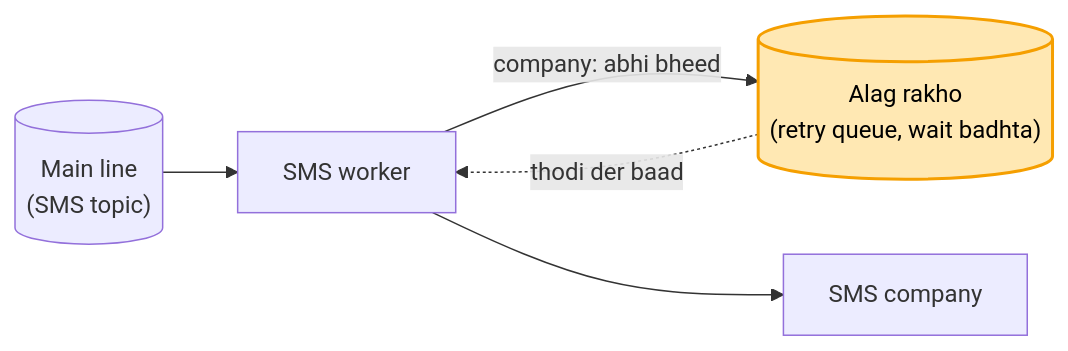
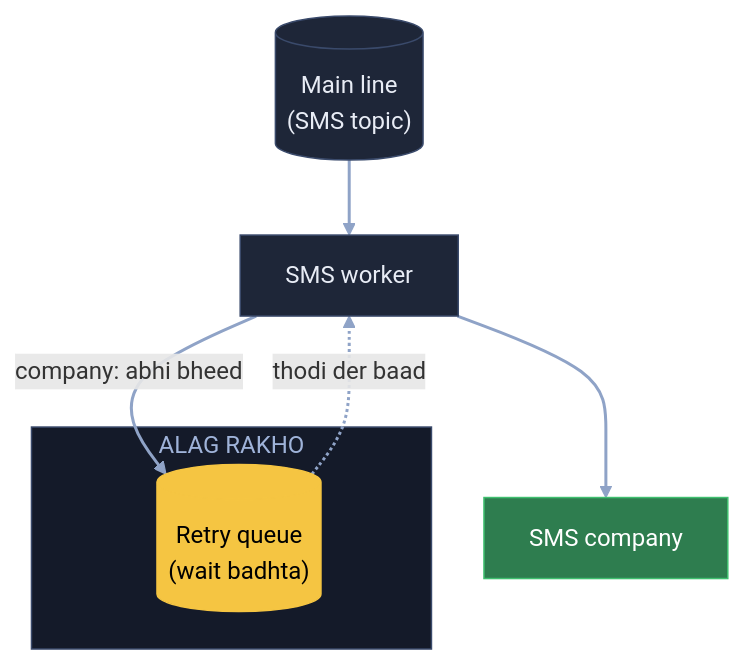
One commit to ArpanMaheshwari144/Prep changed the fourth of 9 diagrams in 04_HLD/SYSTEM_DESIGNS/04_notification_system/04_notification_system.md. Above: the diagram before and after it, drawn with Mermaid. The commit also changed other lines of this file, not shown here.

Commit message:
Notification: 9 diagram YouTube (reel) wale card andaaz me

````diff
--- a/04_HLD/SYSTEM_DESIGNS/04_notification_system/04_notification_system.md
+++ b/04_HLD/SYSTEM_DESIGNS/04_notification_system/04_notification_system.md
@@ -107,8 +144,19 @@
 ```mermaid
-flowchart LR
-    Q[("Main line<br/>(SMS topic)")] --> W["SMS worker"]
-    W -- "company: abhi bheed" --> R[("Alag rakho<br/>(retry queue, wait badhta)")]
+flowchart TB
+    Q[("Main line<br/>(SMS topic)")]:::card
+    W["SMS worker"]:::card
+    subgraph AR["ALAG RAKHO"]
+        R[("Retry queue<br/>(wait badhta)")]:::pill
+    end
+    S["SMS company"]:::good
+    Q --> W
+    W -- "company: abhi bheed" --> R
     R -. "thodi der baad" .-> W
-    W --> S["SMS company"]
-    style R fill:#ffe8b3,stroke:#f59f00,stroke-width:2px,color:#000
+    W --> S
+    linkStyle default stroke:#8fa3c7,stroke-width:2px
+    classDef card fill:#1e2638,stroke:#3a4a6b,color:#e8ecf5
+    classDef pill fill:#f5c542,stroke:#f5c542,color:#000
+    classDef good fill:#2e7d4f,stroke:#3fbf6f,color:#fff
+    classDef bad fill:#5c1f24,stroke:#e05561,color:#fff
+    style AR fill:#141a29,stroke:#3a4a6b,color:#9fb3d9
 ```
````
